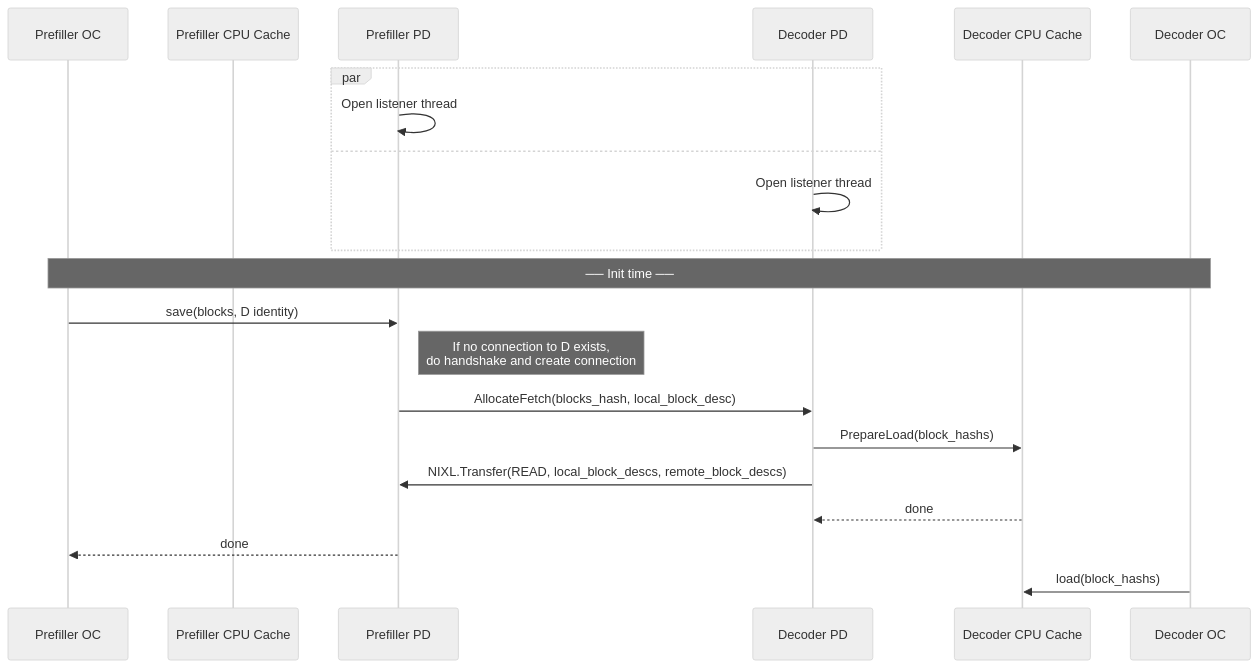
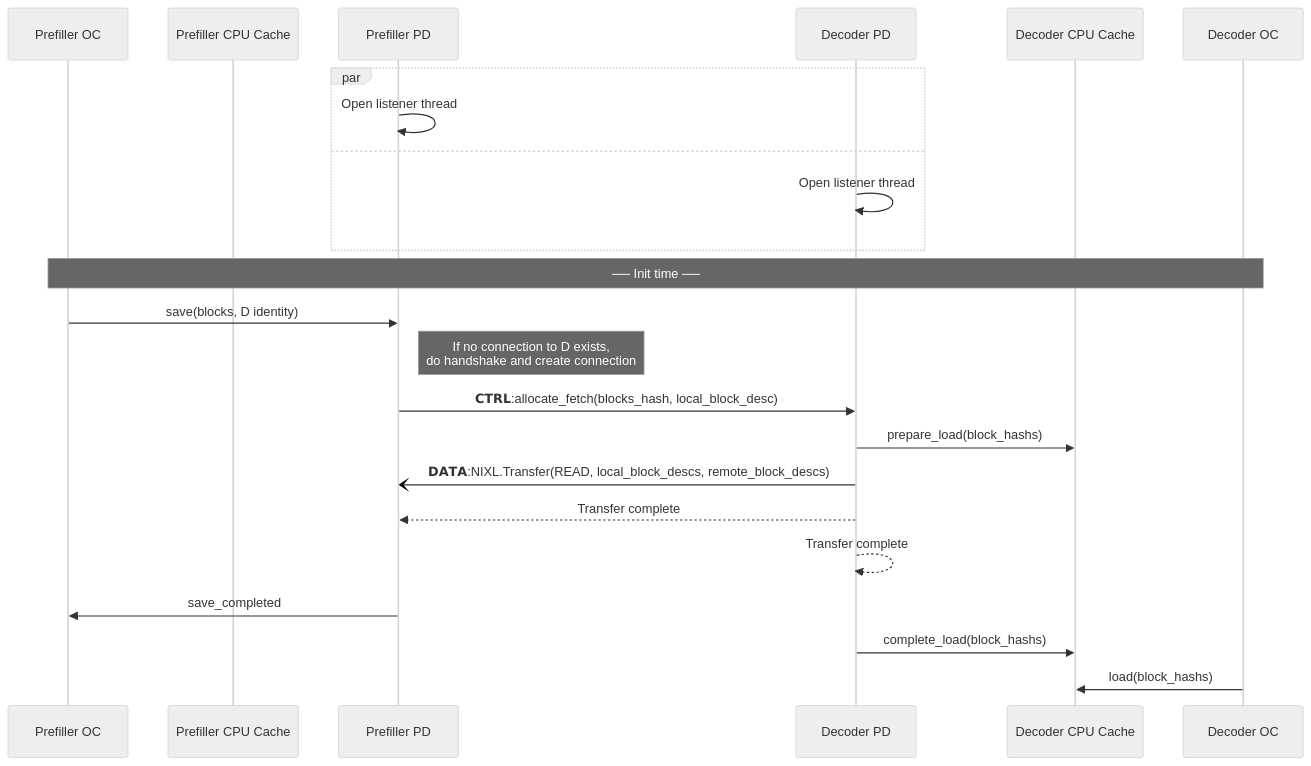
The diagram in pd-connector/docs/prefill_decode_disaggregation_push.md (liranschour/my-utils), drawn with Mermaid (neutral theme) before and after one commit. The commit also changed 2 other files, not shown here.

````diff
--- a/pd-connector/docs/prefill_decode_disaggregation_push.md
+++ b/pd-connector/docs/prefill_decode_disaggregation_push.md
@@ -3,26 +3,28 @@
 ```mermaid
 sequenceDiagram
     participant Prefiller_OC as Prefiller OC
     participant Prefiller_CPU_Cache as Prefiller CPU Cache
     participant Prefiller_PD as Prefiller PD
     participant Decoder_PD as Decoder PD
     participant Decoder_CPU_Cache as Decoder CPU Cache
     participant Decoder_OC as Decoder OC
 
     par
         Prefiller_PD->>Prefiller_PD: Open listener thread
     and
         Decoder_PD->>Decoder_PD: Open listener thread
     end
 
     Note over Prefiller_OC,Decoder_OC: ── Init time ──
 
     Prefiller_OC->>Prefiller_PD: save(blocks, D identity)
     Note right of Prefiller_PD: If no connection to D exists,<br/>do handshake and create connection
-    Prefiller_PD->>Decoder_PD: AllocateFetch(blocks_hash, local_block_desc)
-    Decoder_PD->>Decoder_CPU_Cache: PrepareLoad(block_hashs)
-    Decoder_PD->>Prefiller_PD: NIXL.Transfer(READ, local_block_descs, remote_block_descs)
-    Decoder_CPU_Cache-->>Decoder_PD: done
-    Prefiller_PD-->>Prefiller_OC: done
+    Prefiller_PD->>Decoder_PD: 𝗖𝗧𝗥𝗟:allocate_fetch(blocks_hash, local_block_desc)
+    Decoder_PD->>Decoder_CPU_Cache: prepare_load(block_hashs)
+    Decoder_PD-)Prefiller_PD: 𝗗𝗔𝗧𝗔:NIXL.Transfer(READ, local_block_descs, remote_block_descs)
+    Decoder_PD-->>Prefiller_PD: Transfer complete
+    Decoder_PD-->>Decoder_PD: Transfer complete
+    Prefiller_PD->>Prefiller_OC: save_completed
+    Decoder_PD->>Decoder_CPU_Cache: complete_load(block_hashs)
     Decoder_OC->>Decoder_CPU_Cache: load(block_hashs)
 ```
````
